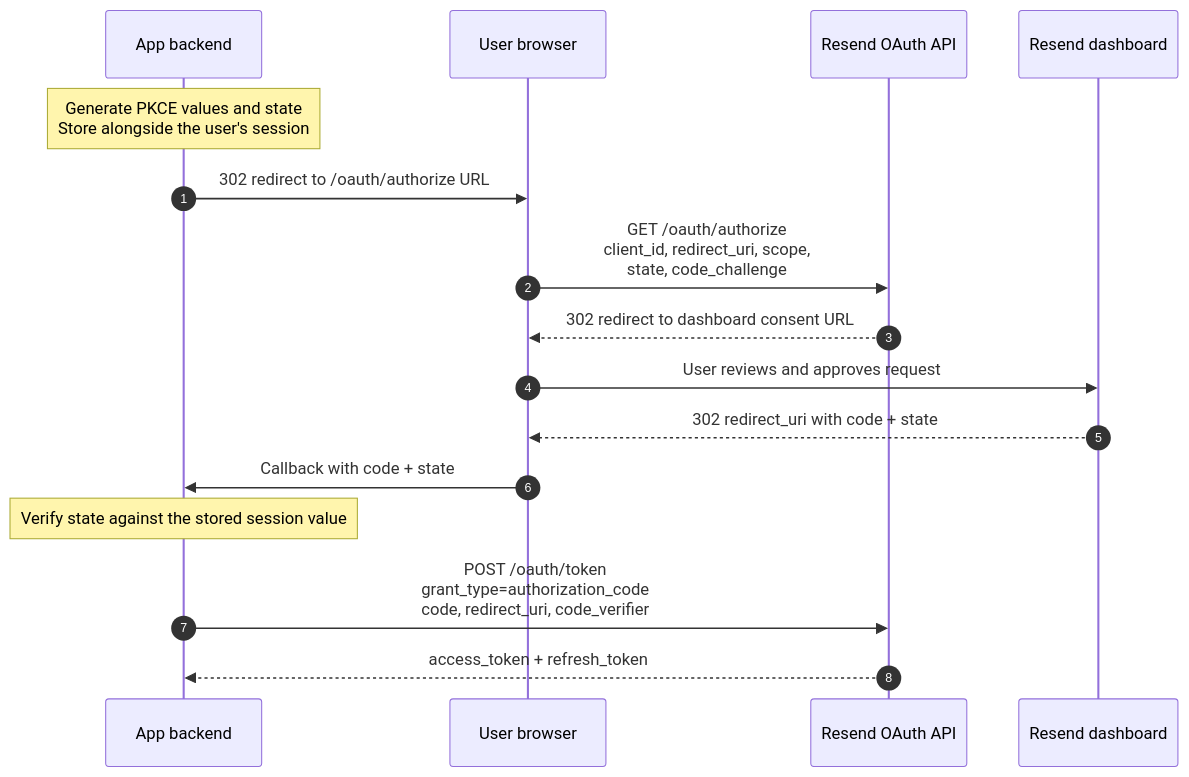
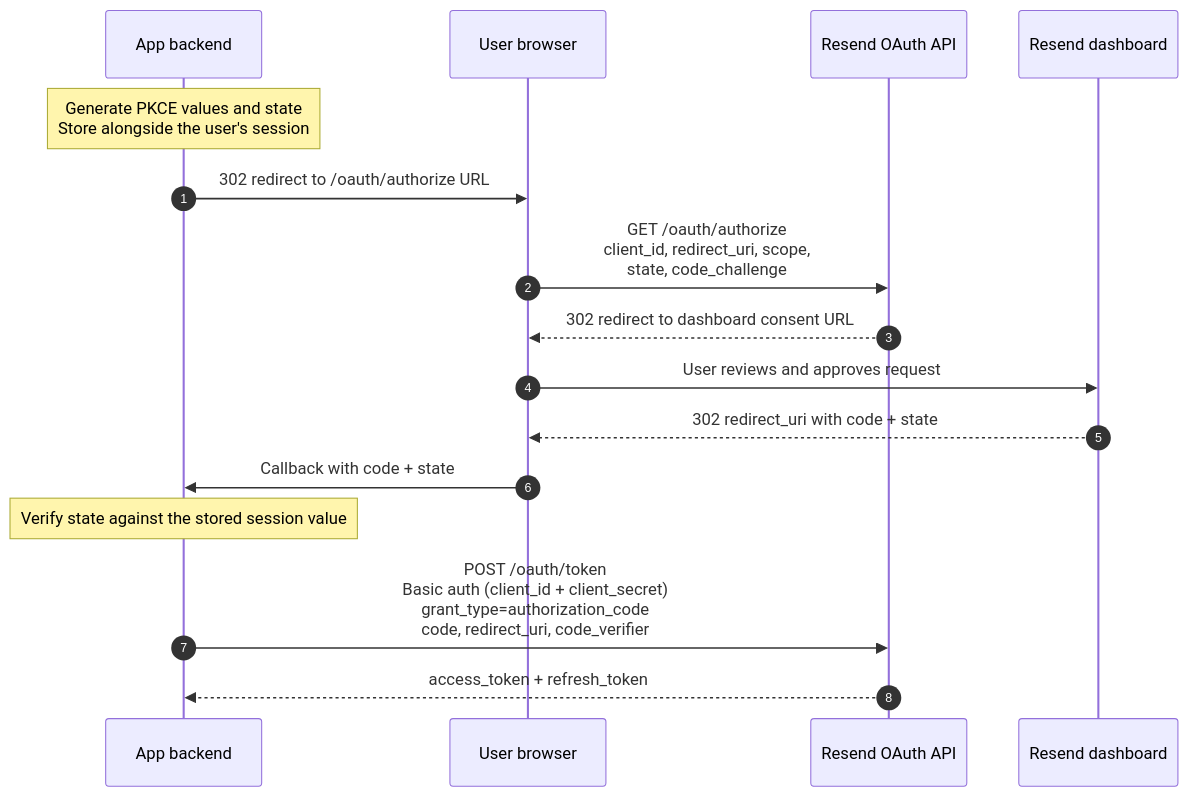
The first of 2 diagrams in dev-platforms/resend/pages/docs/guides/building-a-resend-oauth-client.md (Eyre921/ofiicial-developer-docs), drawn with Mermaid before and after one commit. The commit also changed other lines of this file and 189 other files, not shown here.

````diff
--- a/dev-platforms/resend/pages/docs/guides/building-a-resend-oauth-client.md
+++ b/dev-platforms/resend/pages/docs/guides/building-a-resend-oauth-client.md
@@ -70,22 +79,22 @@
 ```mermaid theme={"theme":{"light":"github-light","dark":"vesper"}}
 sequenceDiagram
     autonumber
     participant C as App backend
     participant B as User browser
     participant AS as Resend OAuth API
     participant D as Resend dashboard
 
     Note over C: Generate PKCE values and state<br>Store alongside the user's session
 
     C->>B: 302 redirect to /oauth/authorize URL
     B->>AS: GET /oauth/authorize<br>client_id, redirect_uri, scope,<br>state, code_challenge
     AS-->>B: 302 redirect to dashboard consent URL
     B->>D: User reviews and approves request
     D-->>B: 302 redirect_uri with code + state
     B->>C: Callback with code + state
 
     Note over C: Verify state against the stored session value
 
-    C->>AS: POST /oauth/token<br>grant_type=authorization_code<br>code, redirect_uri, code_verifier
+    C->>AS: POST /oauth/token<br>Basic auth (client_id + client_secret)<br>grant_type=authorization_code<br>code, redirect_uri, code_verifier
     AS-->>C: access_token + refresh_token
 ```
````
